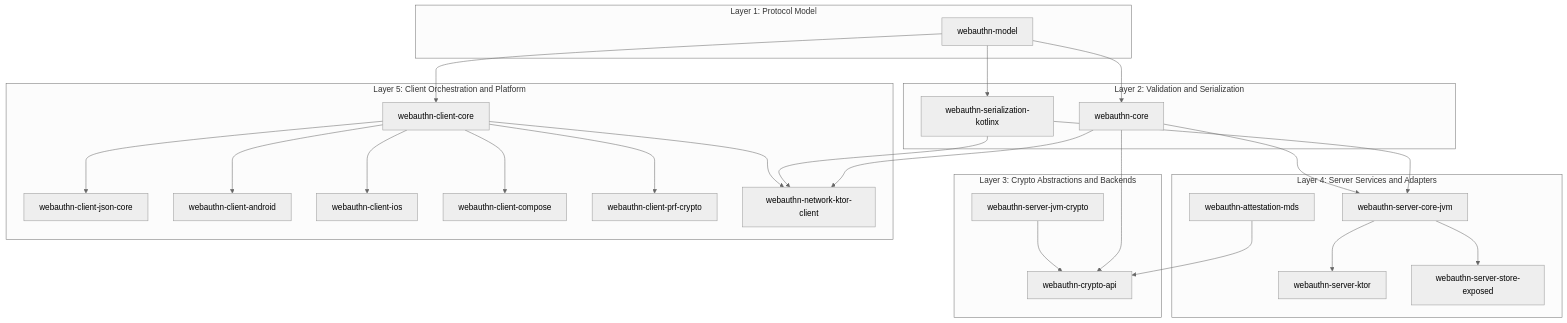
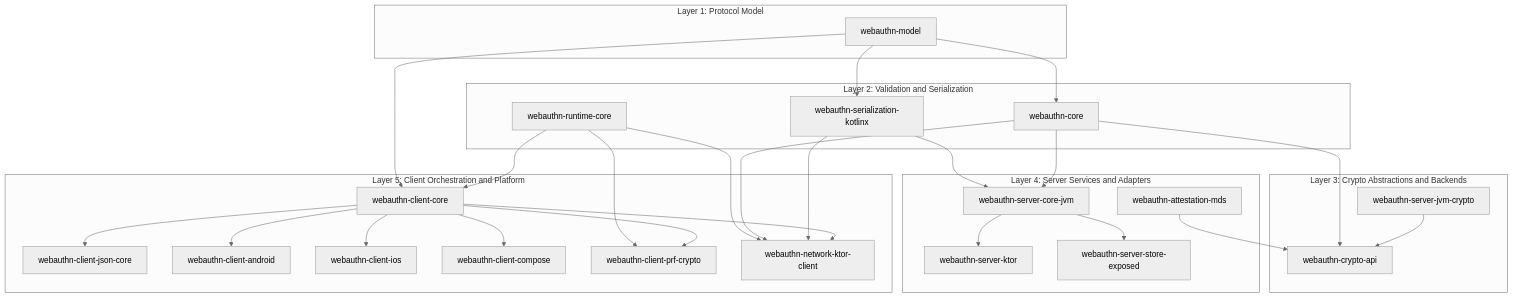
The second of 2 diagrams in README.md (szijpeter/webauthn-kotlin-multiplatform), drawn with Mermaid (neutral theme) before and after one commit. The commit also changed other lines of this file and 47 other files, not shown here.

First line of the commit message:
Runtime hardening: shared cancellation core + cbor-core module rename (#77)

````diff
--- a/README.md
+++ b/README.md
@@ -74,53 +74,57 @@
 ```mermaid
 flowchart TB
     subgraph Layer1[Layer 1: Protocol Model]
         M[webauthn-model]
     end
 
     subgraph Layer2[Layer 2: Validation and Serialization]
         C[webauthn-core]
         S[webauthn-serialization-kotlinx]
+        RUNTIME[webauthn-runtime-core]
     end
 
     subgraph Layer3[Layer 3: Crypto Abstractions and Backends]
         API[webauthn-crypto-api]
         JCRYPTO[webauthn-server-jvm-crypto]
     end
 
     subgraph Layer4[Layer 4: Server Services and Adapters]
         SVC[webauthn-server-core-jvm]
         KTOR[webauthn-server-ktor]
         STORE[webauthn-server-store-exposed]
         MDS[webauthn-attestation-mds]
     end
 
     subgraph Layer5[Layer 5: Client Orchestration and Platform]
         CCORE[webauthn-client-core]
         CJSON[webauthn-client-json-core]
         CANDROID[webauthn-client-android]
         CIOS[webauthn-client-ios]
         CCOMPOSE[webauthn-client-compose]
         CPRF[webauthn-client-prf-crypto]
         NET[webauthn-network-ktor-client]
     end
 
     M --> C
     M --> S
     C --> API
     S --> SVC
     JCRYPTO --> API
     C --> SVC
     SVC --> KTOR
     SVC --> STORE
     MDS --> API
 
     M --> CCORE
+    RUNTIME --> CCORE
+    RUNTIME --> CPRF
+    RUNTIME --> NET
     CCORE --> CJSON
     CCORE --> CANDROID
     CCORE --> CIOS
     CCORE --> CCOMPOSE
     CCORE --> CPRF
     C --> NET
     S --> NET
     CCORE --> NET
 ```
````
